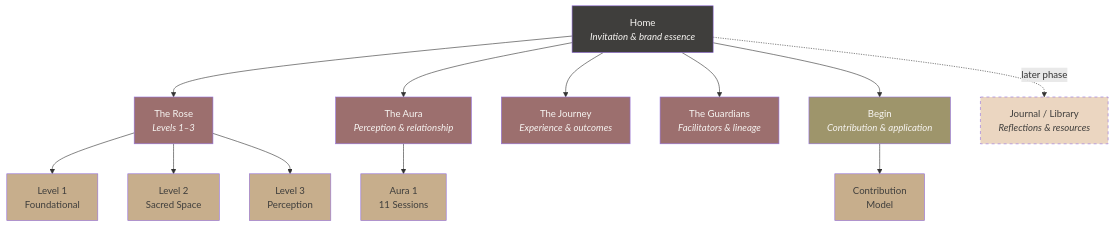
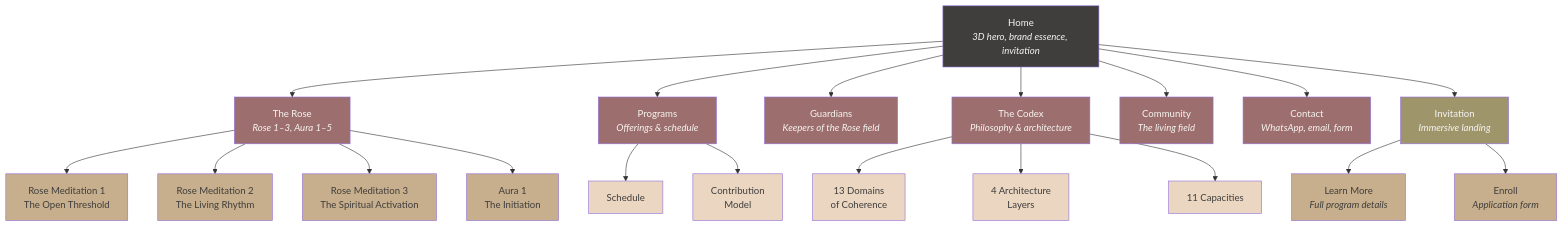
Before and after one commit to Light-Brands/roses-os: diagram 27 of 28 in docs/brand/brand-dna.md, drawn with Mermaid. The commit also changed other lines of this file, not shown here.

First line of the commit message:
Update brand DNA to match the roses.os site implementation

````diff
--- a/docs/brand/brand-dna.md
+++ b/docs/brand/brand-dna.md
@@ -1836,33 +2054,47 @@
 ```mermaid
 graph TD
-    HOME["Home<br/><i>Invitation & brand essence</i>"]
+    HOME["Home<br/><i>3D hero, brand essence, invitation</i>"]
 
-    HOME --> ROSE["The Rose<br/><i>Levels 1–3</i>"]
-    HOME --> AURA_P["The Aura<br/><i>Perception & relationship</i>"]
-    HOME --> JOURNEY["The Journey<br/><i>Experience & outcomes</i>"]
-    HOME --> GUARD["The Guardians<br/><i>Facilitators & lineage</i>"]
-    HOME --> BEGIN["Begin<br/><i>Contribution & application</i>"]
+    HOME --> ROSE["The Rose<br/><i>Rose 1–3, Aura 1–5</i>"]
+    HOME --> PROG["Programs<br/><i>Offerings & schedule</i>"]
+    HOME --> GUARD["Guardians<br/><i>Keepers of the Rose field</i>"]
+    HOME --> CODEX["The Codex<br/><i>Philosophy & architecture</i>"]
+    HOME --> COMMUNITY["Community<br/><i>The living field</i>"]
+    HOME --> CONTACT["Contact<br/><i>WhatsApp, email, form</i>"]
 
-    ROSE --> L1["Level 1<br/>Foundational"]
-    ROSE --> L2["Level 2<br/>Sacred Space"]
-    ROSE --> L3["Level 3<br/>Perception"]
+    HOME --> INV["Invitation<br/><i>Immersive landing</i>"]
+    INV --> LEARN["Learn More<br/><i>Full program details</i>"]
+    INV --> ENROLL["Enroll<br/><i>Application form</i>"]
 
-    AURA_P --> A1S["Aura 1<br/>11 Sessions"]
+    ROSE --> L1["Rose Meditation 1<br/>The Open Threshold"]
+    ROSE --> L2["Rose Meditation 2<br/>The Living Rhythm"]
+    ROSE --> L3["Rose Meditation 3<br/>The Spiritual Activation"]
+    ROSE --> A1["Aura 1<br/>The Initiation"]
 
-    BEGIN --> CONTRIB["Contribution<br/>Model"]
+    CODEX --> DOMAINS["13 Domains<br/>of Coherence"]
+    CODEX --> ARCH["4 Architecture<br/>Layers"]
+    CODEX --> CAP["11 Capacities"]
 
-    HOME -.->|"later phase"| JOURNAL["Journal / Library<br/><i>Reflections & resources</i>"]
+    PROG --> SCHED["Schedule"]
+    PROG --> CONTRIB["Contribution<br/>Model"]
 
     style HOME fill:#3F3E3C,color:#F7F5F2
     style ROSE fill:#9C6F6E,color:#F7F5F2
-    style AURA_P fill:#9C6F6E,color:#F7F5F2
-    style JOURNEY fill:#9C6F6E,color:#F7F5F2
+    style PROG fill:#9C6F6E,color:#F7F5F2
     style GUARD fill:#9C6F6E,color:#F7F5F2
-    style BEGIN fill:#9E956B,color:#F7F5F2
+    style CODEX fill:#9C6F6E,color:#F7F5F2
+    style COMMUNITY fill:#9C6F6E,color:#F7F5F2
+    style CONTACT fill:#9C6F6E,color:#F7F5F2
+    style INV fill:#9E956B,color:#F7F5F2
+    style LEARN fill:#C7AE8C,color:#3F3E3C
+    style ENROLL fill:#C7AE8C,color:#3F3E3C
     style L1 fill:#C7AE8C,color:#3F3E3C
     style L2 fill:#C7AE8C,color:#3F3E3C
     style L3 fill:#C7AE8C,color:#3F3E3C
-    style A1S fill:#C7AE8C,color:#3F3E3C
-    style CONTRIB fill:#C7AE8C,color:#3F3E3C
-    style JOURNAL fill:#EBD6C1,color:#3F3E3C,stroke-dasharray: 5 5
+    style A1 fill:#C7AE8C,color:#3F3E3C
+    style DOMAINS fill:#EBD6C1,color:#3F3E3C
+    style ARCH fill:#EBD6C1,color:#3F3E3C
+    style CAP fill:#EBD6C1,color:#3F3E3C
+    style SCHED fill:#EBD6C1,color:#3F3E3C
+    style CONTRIB fill:#EBD6C1,color:#3F3E3C
 ```
````
